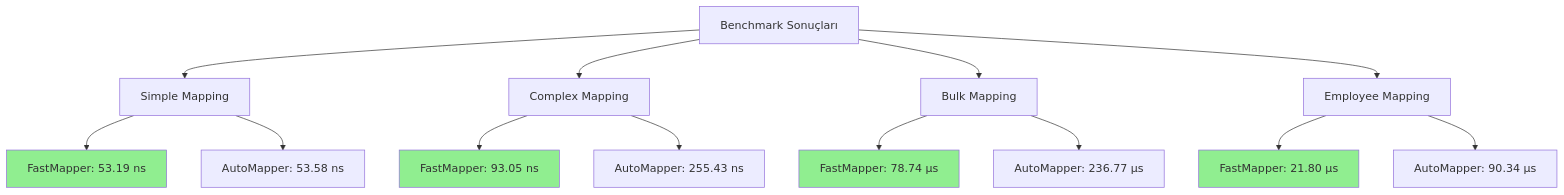
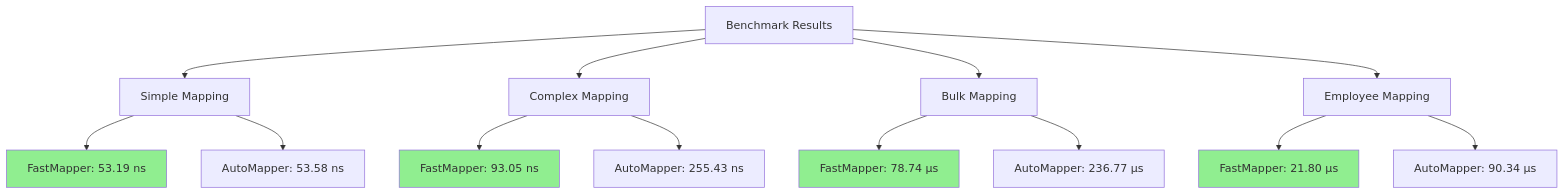
One commit to mennansevim/jet-mapper changed the diagram in benchmarks/FastMapper.Benchmarks/README.md. Above: the diagram before and after it, drawn with Mermaid. The commit also changed other lines of this file and 77 other files, not shown here.

````diff
--- a/benchmarks/FastMapper.Benchmarks/README.md
+++ b/benchmarks/FastMapper.Benchmarks/README.md
@@ -81,24 +81,24 @@
 ```mermaid
 graph TD
-    A[Benchmark Sonuçları] --> B[Simple Mapping]
+    A[Benchmark Results] --> B[Simple Mapping]
     A --> C[Complex Mapping]
     A --> D[Bulk Mapping]
     A --> E[Employee Mapping]
     
     B --> B1[FastMapper: 53.19 ns]
     B --> B2[AutoMapper: 53.58 ns]
     
     C --> C1[FastMapper: 93.05 ns]
     C --> C2[AutoMapper: 255.43 ns]
     
     D --> D1[FastMapper: 78.74 μs]
     D --> D2[AutoMapper: 236.77 μs]
     
     E --> E1[FastMapper: 21.80 μs]
     E --> E2[AutoMapper: 90.34 μs]
     
     style C1 fill:#90EE90
     style D1 fill:#90EE90
     style E1 fill:#90EE90
     style B1 fill:#90EE90
 ```
````
